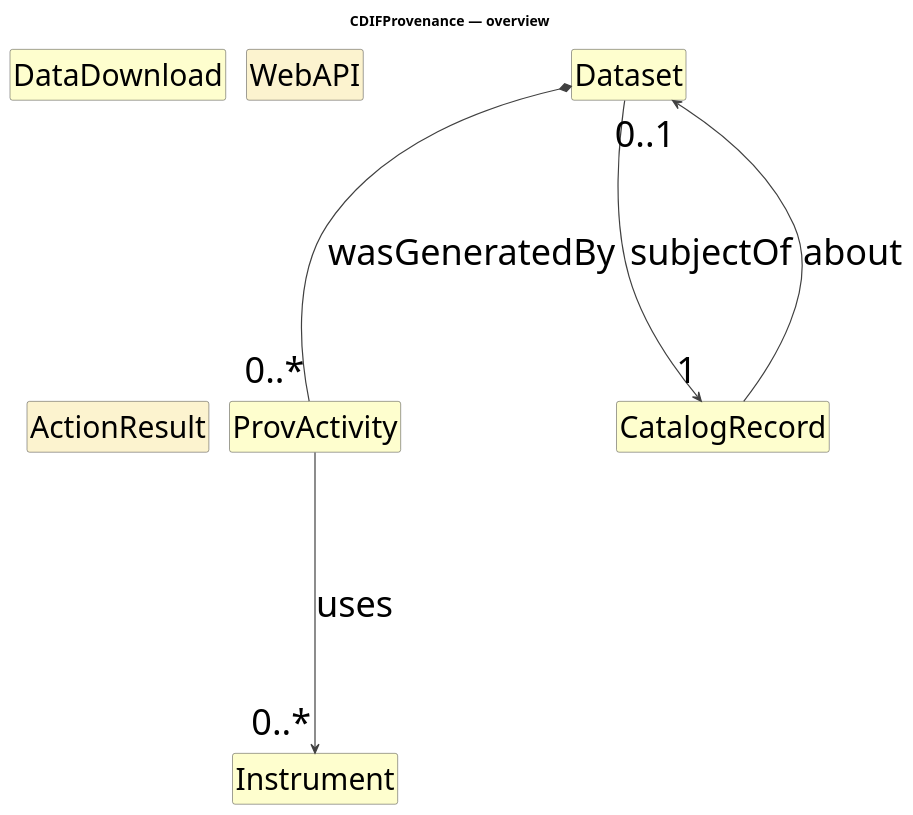
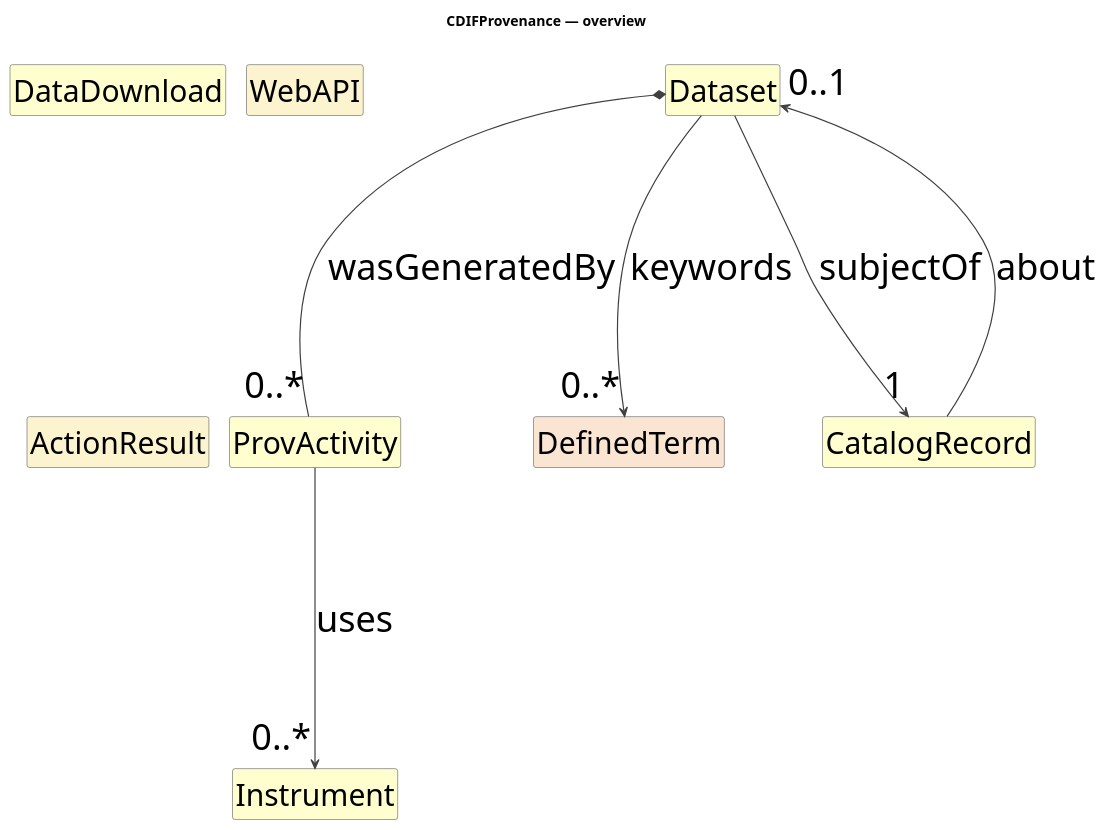
One commit to Cross-Domain-Interoperability-Framework/metadataBuildingBlocks changed the diagram in cdif-uml-model/_plantuml/cdifProvenance/index.local.pu. Above: the diagram before and after it, drawn with PlantUML. The commit also changed 500 other files, not shown here.

```diff
--- a/cdif-uml-model/_plantuml/cdifProvenance/index.local.pu
+++ b/cdif-uml-model/_plantuml/cdifProvenance/index.local.pu
@@ -1,29 +1,31 @@
 @startuml
 title CDIFProvenance — overview
 hide circle
 hide empty members
 skinparam shadowing false
 skinparam ArrowThickness 1.2
 skinparam ranksep 250
 skinparam nodesep 20
 skinparam defaultFontSize 36
 skinparam class {
   ArrowColor #404040
   BorderColor #404040
   FontSize 36
   AttributeFontSize 30
 }
 
 class "ProvActivity" as ProvActivity #FEFECE
 class "Instrument" as Instrument #FEFECE
 class "Dataset" as Dataset #FEFECE
 class "DataDownload" as DataDownload #FEFECE
 class "WebAPI" as WebAPI #FCF3CF
 class "ActionResult" as ActionResult #FCF3CF
+class "DefinedTerm" as DefinedTerm #FAE5D3
 class "CatalogRecord" as CatalogRecord #FEFECE
 ProvActivity --> "0..*" Instrument : uses
 Dataset *-- "0..*" ProvActivity : wasGeneratedBy
 Dataset --> "1" CatalogRecord : subjectOf
+Dataset --> "0..*" DefinedTerm : keywords
 CatalogRecord --> "0..1" Dataset : about
 
 @enduml
```
